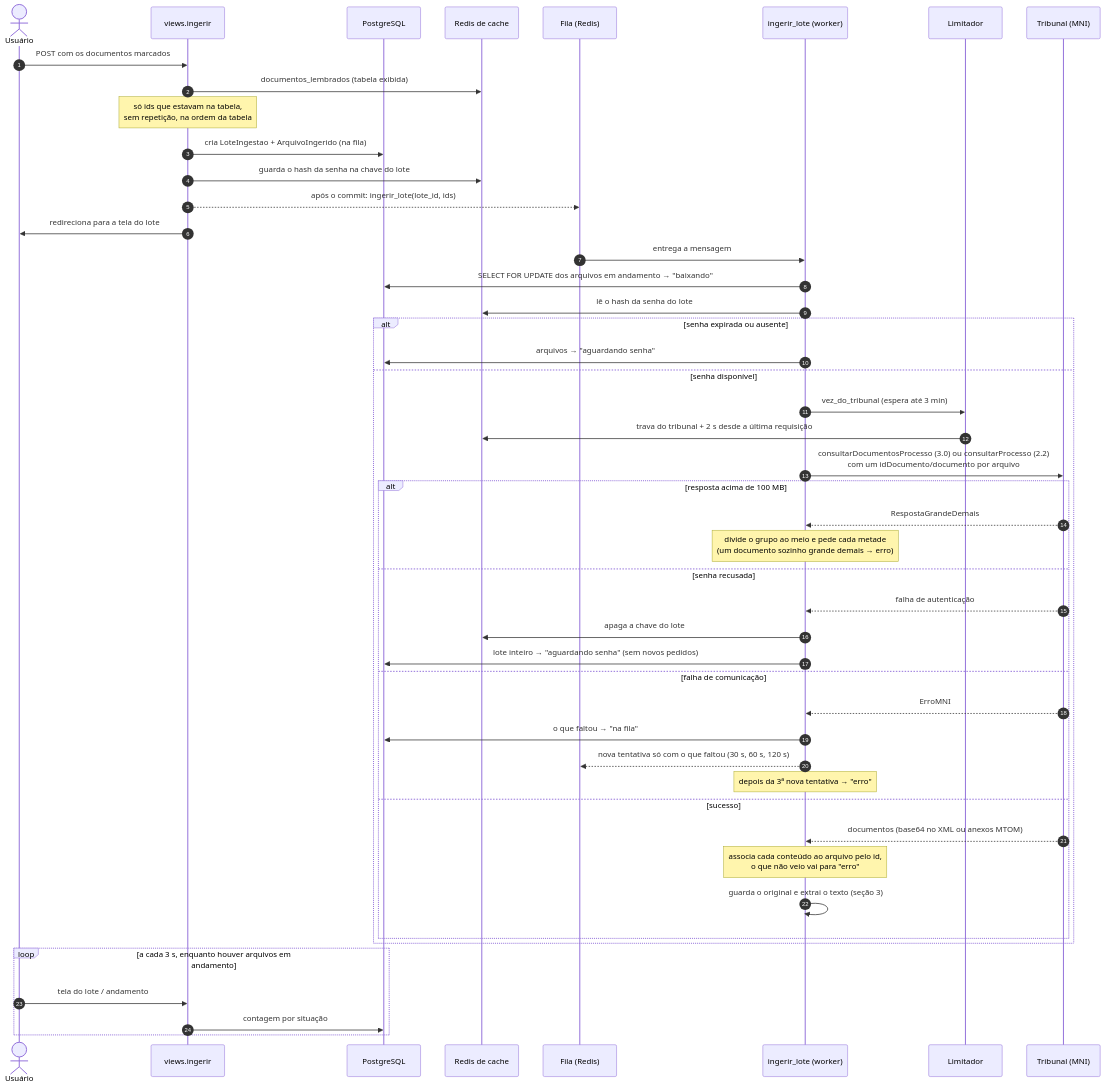
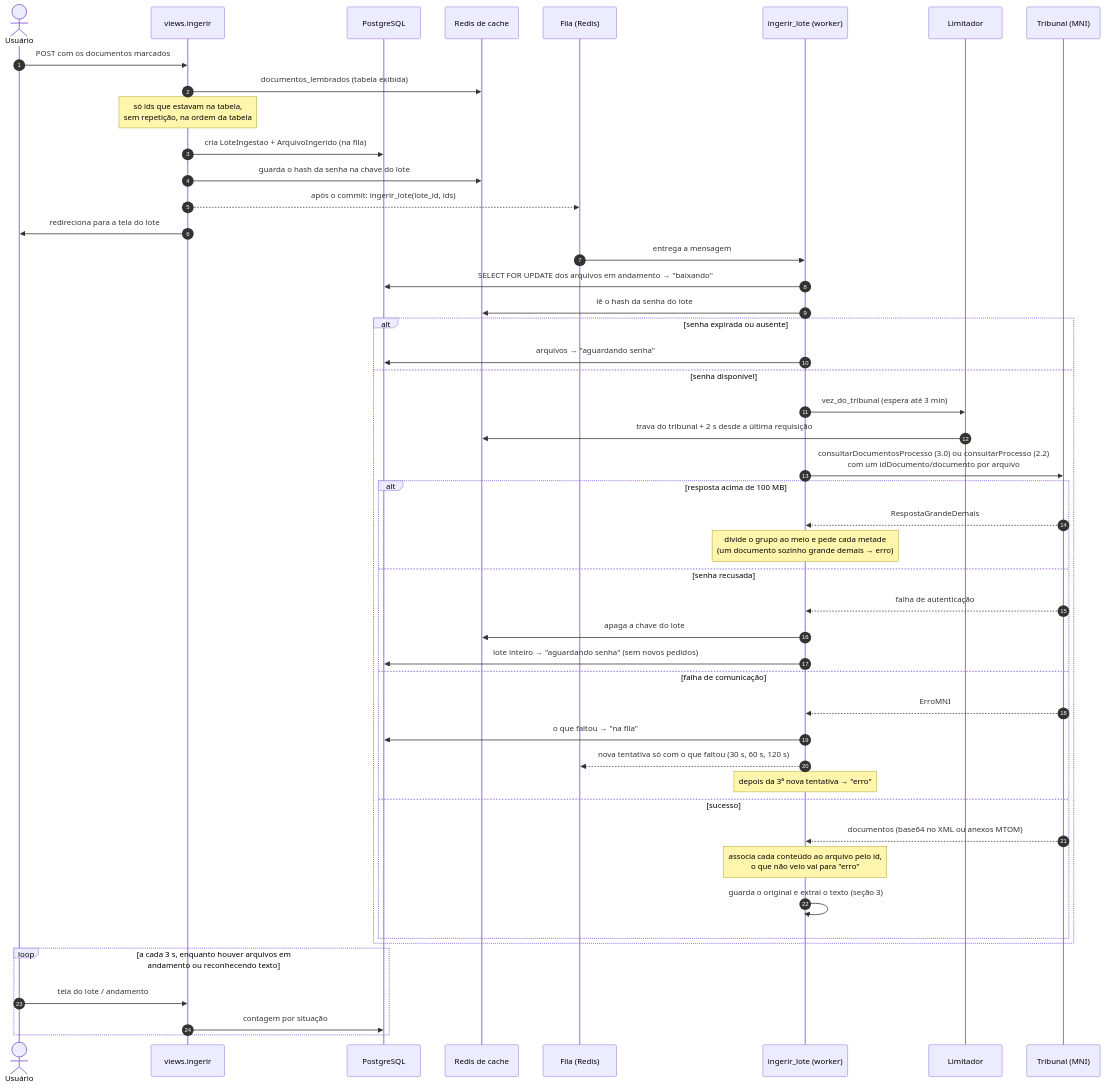
Before and after one commit to PauloTorresApps/EloJudicial: the second of 6 diagrams in ingestao/docs/fluxo-da-ingestao.md, drawn with Mermaid. The commit also changed other lines of this file, not shown here.

Commit message:
docs: fila ocr e situação reconhecendo no fluxo da ingestão

````diff
--- a/ingestao/docs/fluxo-da-ingestao.md
+++ b/ingestao/docs/fluxo-da-ingestao.md
@@ -50,53 +61,53 @@
 ```mermaid
 sequenceDiagram
     autonumber
     actor U as Usuário
     participant W as views.ingerir
     participant PG as PostgreSQL
     participant RC as Redis de cache
     participant F as Fila (Redis)
     participant T as ingerir_lote (worker)
     participant L as Limitador
     participant M as Tribunal (MNI)
 
     U->>W: POST com os documentos marcados
     W->>RC: documentos_lembrados (tabela exibida)
     Note over W: só ids que estavam na tabela,<br/>sem repetição, na ordem da tabela
     W->>PG: cria LoteIngestao + ArquivoIngerido (na fila)
     W->>RC: guarda o hash da senha na chave do lote
     W-->>F: após o commit: ingerir_lote(lote_id, ids)
     W->>U: redireciona para a tela do lote
 
     F->>T: entrega a mensagem
     T->>PG: SELECT FOR UPDATE dos arquivos em andamento → "baixando"
     T->>RC: lê o hash da senha do lote
     alt senha expirada ou ausente
         T->>PG: arquivos → "aguardando senha"
     else senha disponível
         T->>L: vez_do_tribunal (espera até 3 min)
         L->>RC: trava do tribunal + 2 s desde a última requisição
         T->>M: consultarDocumentosProcesso (3.0) ou consultarProcesso (2.2)<br/>com um idDocumento/documento por arquivo
         alt resposta acima de 100 MB
             M-->>T: RespostaGrandeDemais
             Note over T: divide o grupo ao meio e pede cada metade<br/>(um documento sozinho grande demais → erro)
         else senha recusada
             M-->>T: falha de autenticação
             T->>RC: apaga a chave do lote
             T->>PG: lote inteiro → "aguardando senha" (sem novos pedidos)
         else falha de comunicação
             M-->>T: ErroMNI
             T->>PG: o que faltou → "na fila"
             T-->>F: nova tentativa só com o que faltou (30 s, 60 s, 120 s)
             Note over T: depois da 3ª nova tentativa → "erro"
         else sucesso
             M-->>T: documentos (base64 no XML ou anexos MTOM)
             Note over T: associa cada conteúdo ao arquivo pelo id,<br/>o que não veio vai para "erro"
             T->>T: guarda o original e extrai o texto (seção 3)
         end
     end
 
-    loop a cada 3 s, enquanto houver arquivos em andamento
+    loop a cada 3 s, enquanto houver arquivos em andamento ou reconhecendo texto
         U->>W: tela do lote / andamento
         W->>PG: contagem por situação
     end
 ```
````
